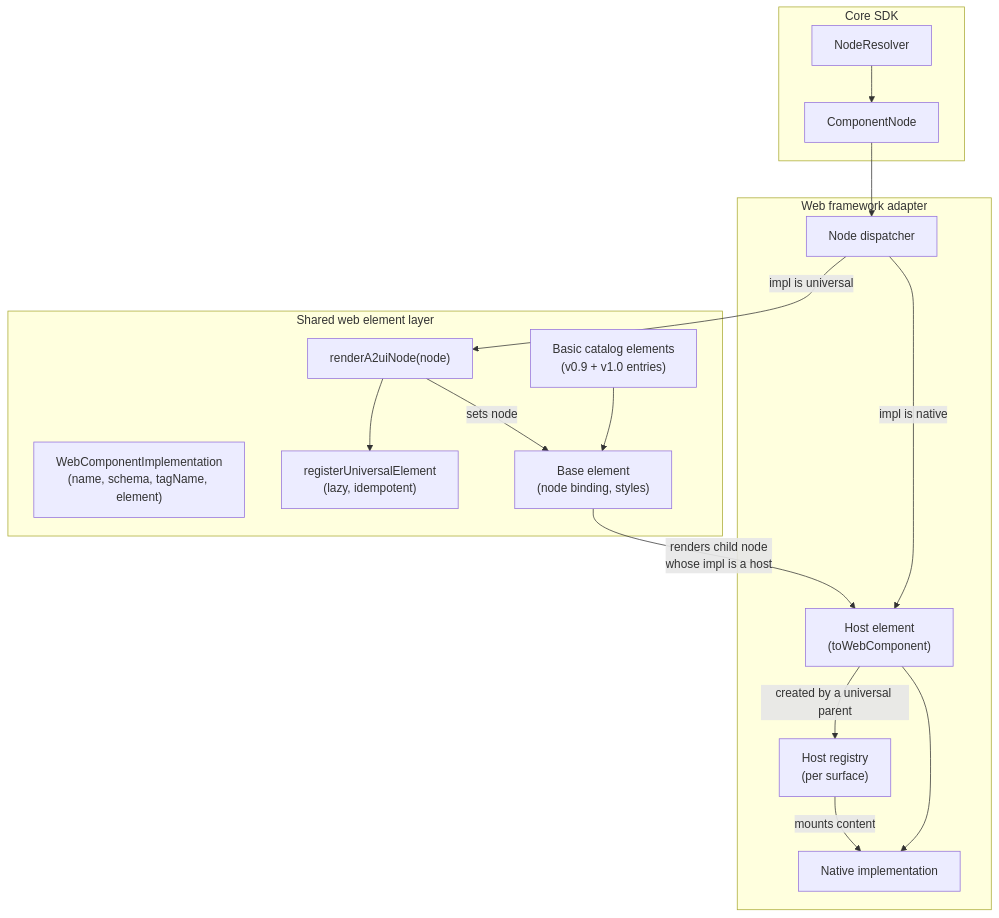
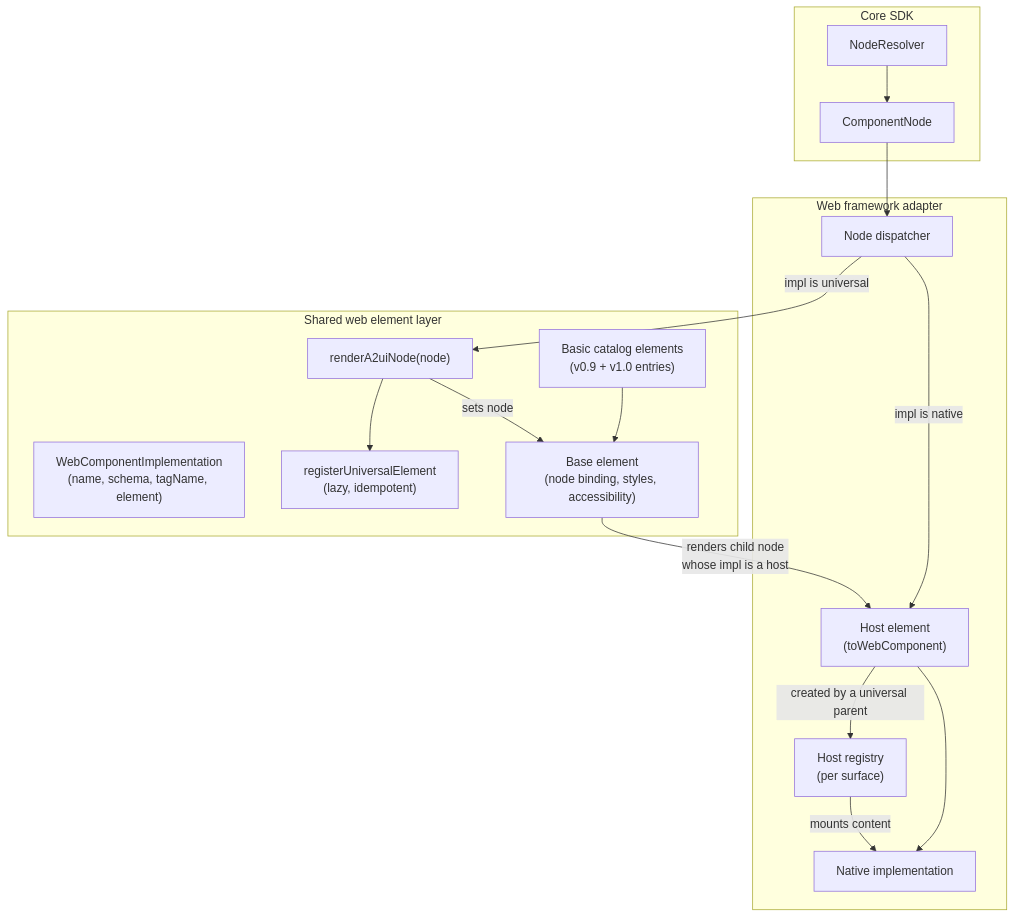
Before and after one commit to a2ui-project/a2ui: the diagram in blueprints/features/universal_custom_elements.blueprint.md, drawn with Mermaid. The commit also changed other lines of this file and 287 other files, not shown here.

````diff
--- a/blueprints/features/universal_custom_elements.blueprint.md
+++ b/blueprints/features/universal_custom_elements.blueprint.md
@@ -82,32 +82,32 @@
 ```mermaid
 flowchart TD
     subgraph Core["Core SDK"]
         NR["NodeResolver"] --> CN["ComponentNode"]
     end
 
     subgraph Shared["Shared web element layer"]
         WCI["WebComponentImplementation<br/>(name, schema, tagName, element)"]
         REG["registerUniversalElement<br/>(lazy, idempotent)"]
         RN["renderA2uiNode(node)"]
-        BASE["Base element<br/>(node binding, styles)"]
+        BASE["Base element<br/>(node binding, styles, accessibility)"]
         BASIC["Basic catalog elements<br/>(v0.9 + v1.0 entries)"]
         BASIC --> BASE
     end
 
     subgraph Adapter["Web framework adapter"]
         DISP["Node dispatcher"]
         HOST["Host element<br/>(toWebComponent)"]
         HREG["Host registry<br/>(per surface)"]
         NATIVE["Native implementation"]
     end
 
     CN --> DISP
     DISP -->|"impl is universal"| RN
     RN --> REG
     RN -->|"sets node"| BASE
     DISP -->|"impl is native"| HOST
     HOST --> NATIVE
     BASE -->|"renders child node<br/>whose impl is a host"| HOST
     HOST -->|"created by a universal parent"| HREG
     HREG -->|"mounts content"| NATIVE
 ```
````
